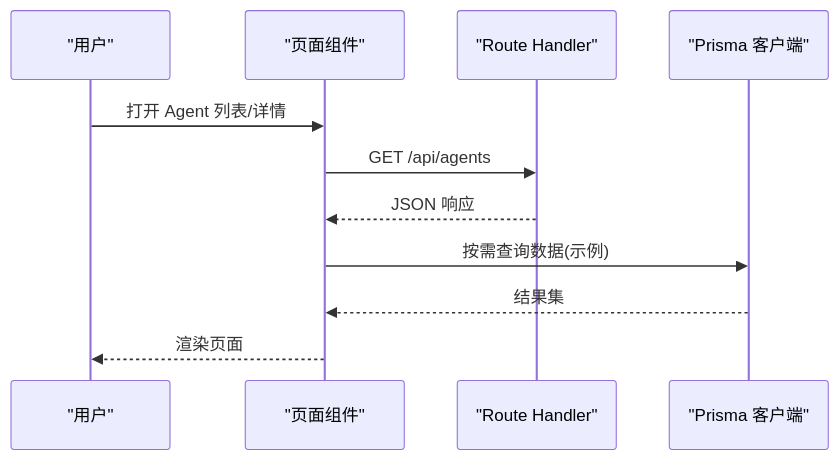
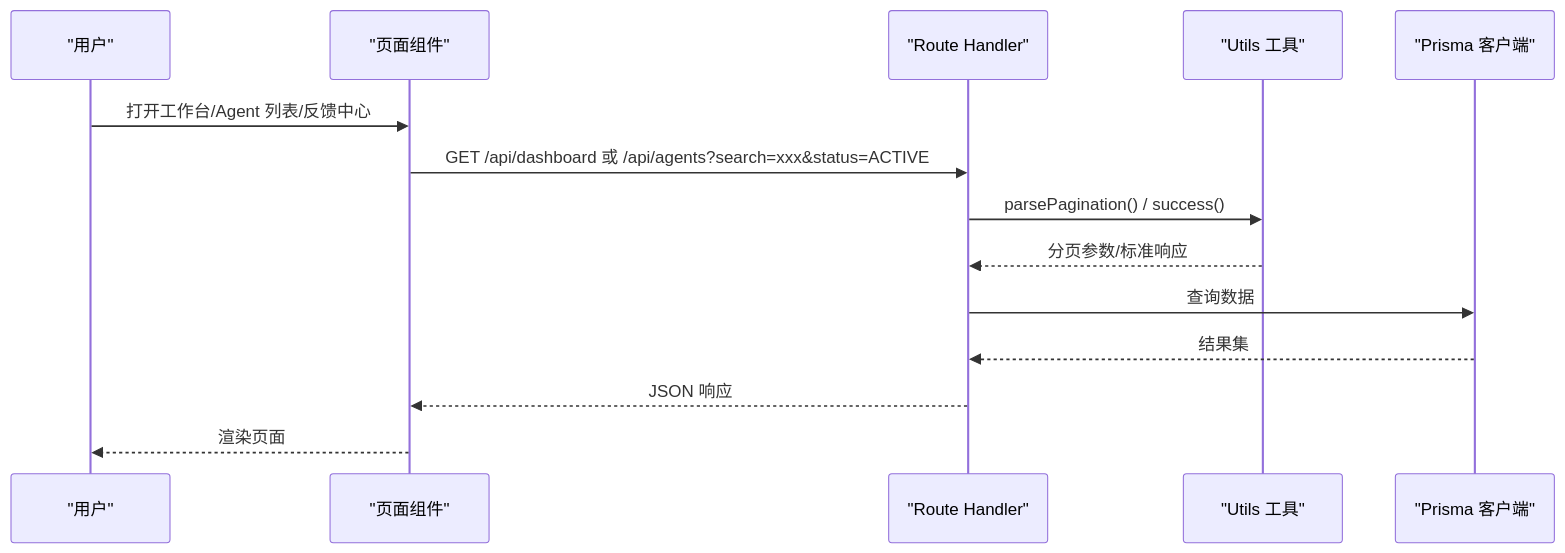
The fifth of 7 diagrams in .qoder/repowiki/zh/content/前端架构.md (ai-guru-global/agent-up), drawn with Mermaid before and after one commit. The commit also changed other lines of this file and 57 other files, not shown here.

````diff
--- a/.qoder/repowiki/zh/content/前端架构.md
+++ b/.qoder/repowiki/zh/content/前端架构.md
@@ -237,13 +344,16 @@
 ```mermaid
 sequenceDiagram
 participant U as "用户"
 participant P as "页面组件"
 participant API as "Route Handler"
+participant UTIL as "Utils 工具"
 participant DB as "Prisma 客户端"
-U->>P : 打开 Agent 列表/详情
-P->>API : GET /api/agents
+U->>P : 打开工作台/Agent 列表/反馈中心
+P->>API : GET /api/dashboard 或 /api/agents?search=xxx&status=ACTIVE
+API->>UTIL : parsePagination() / success()
+UTIL-->>API : 分页参数/标准响应
+API->>DB : 查询数据
+DB-->>API : 结果集
 API-->>P : JSON 响应
-P->>DB : 按需查询数据(示例)
-DB-->>P : 结果集
 P-->>U : 渲染页面
 ```
````
